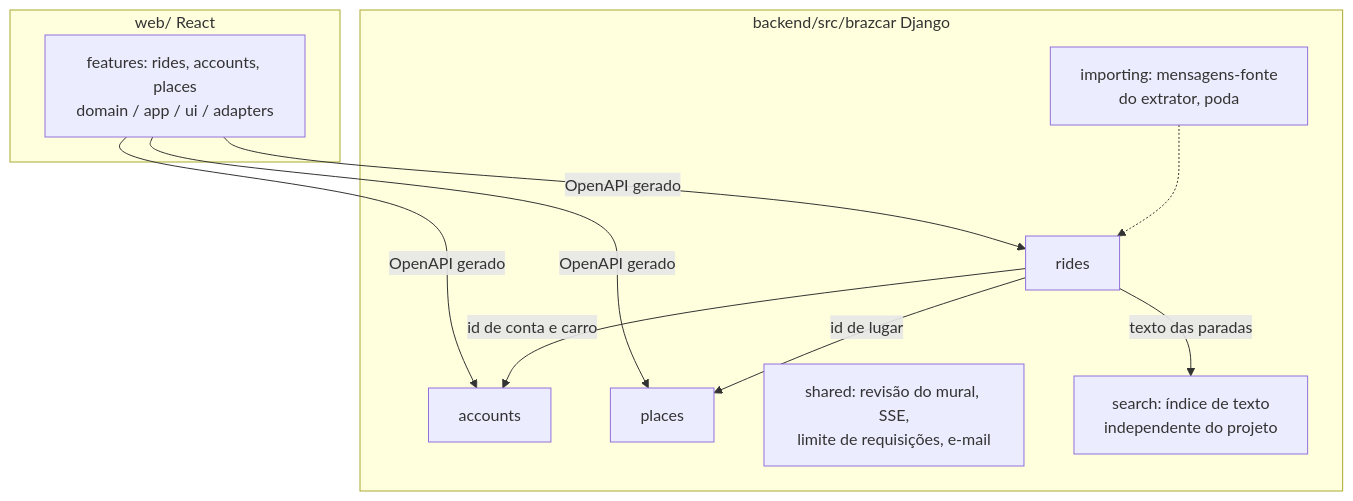
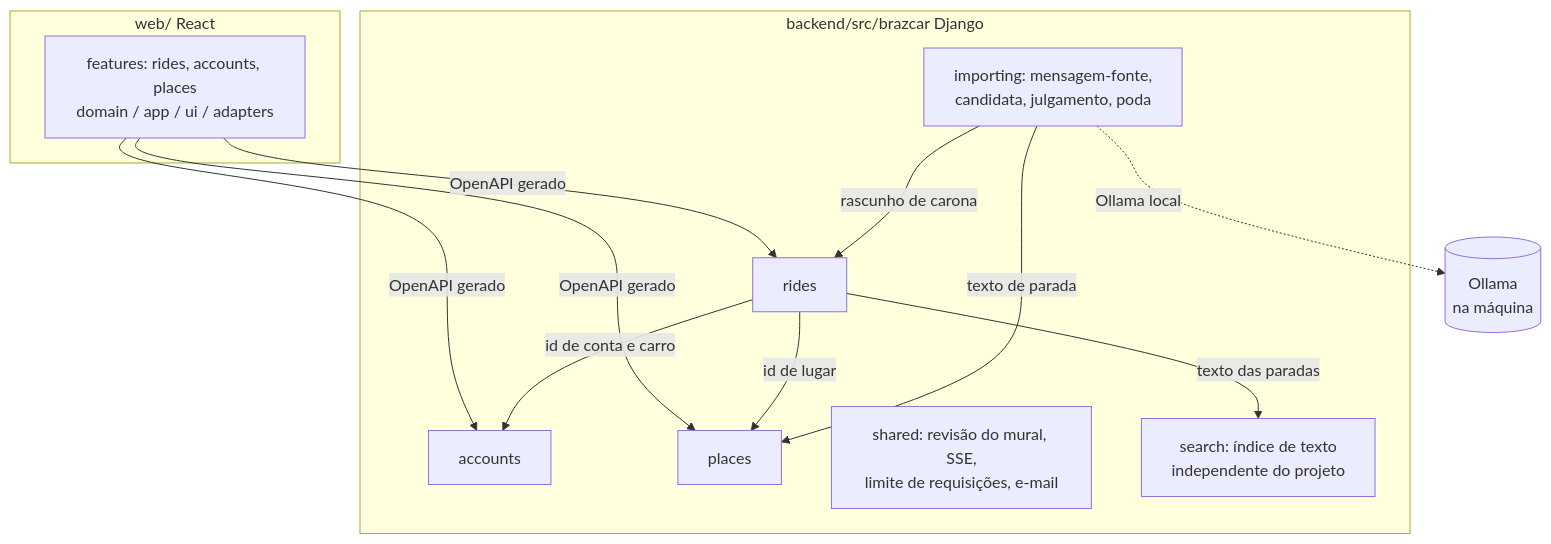
The second of 2 diagrams in docs/architecture.md (edududs/BrazCar), drawn with Mermaid before and after one commit. The commit also changed other lines of this file and 8 other files, not shown here.

````diff
--- a/docs/architecture.md
+++ b/docs/architecture.md
@@ -24,19 +24,21 @@
 ```mermaid
 flowchart TB
     subgraph web [web/ React]
         F[features: rides, accounts, places<br/>domain / app / ui / adapters]
     end
     subgraph src [backend/src/brazcar Django]
         R[rides]
         AC[accounts]
         PL[places]
         SH[shared: revisão do mural, SSE,<br/>limite de requisições, e-mail]
         SE[search: índice de texto<br/>independente do projeto]
-        IM[importing: mensagens-fonte<br/>do extrator, poda]
+        IM[importing: mensagem-fonte,<br/>candidata, julgamento, poda]
     end
     F -->|OpenAPI gerado| R & AC & PL
     R -->|id de lugar| PL
     R -->|id de conta e carro| AC
     R -->|texto das paradas| SE
-    IM -.-> R
+    IM -->|rascunho de carona| R
+    IM -->|texto de parada| PL
+    IM -.->|Ollama local| LLM[(Ollama<br/>na máquina)]
 ```
````
